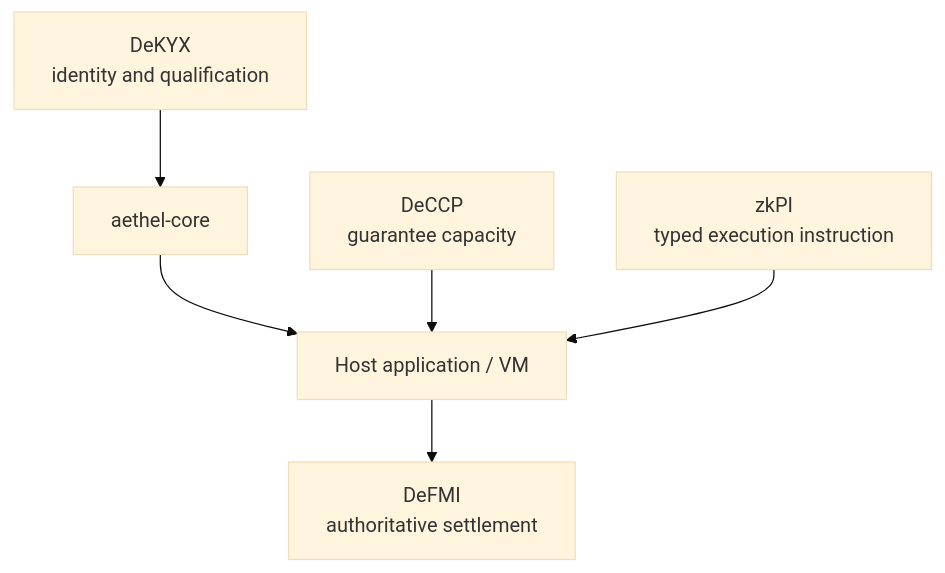
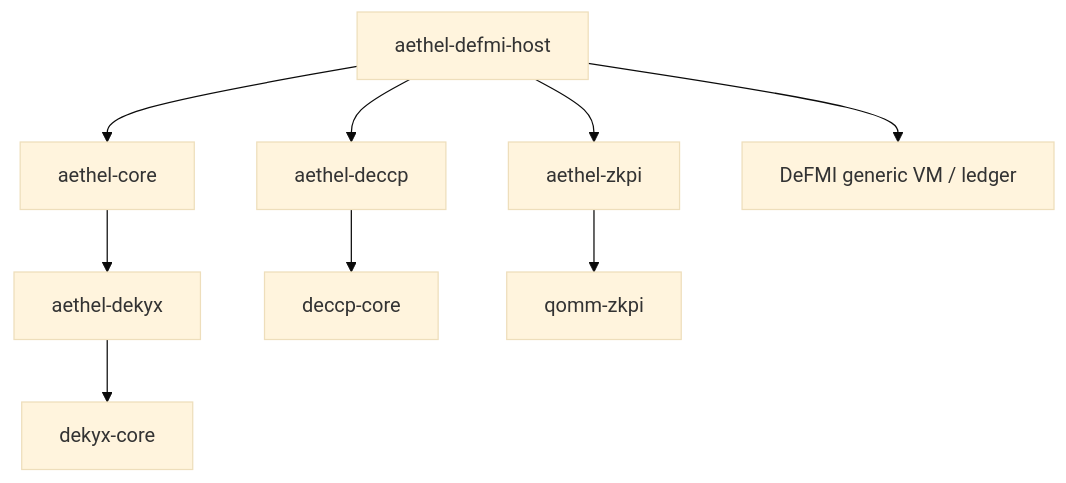
One commit to zkFMI/aethel changed the second of 2 diagrams in README.md. Above: the diagram before and after it, drawn with Mermaid (base theme). The commit also changed other lines of this file and 37 other files, not shown here.

Commit message:
feat: own foundation adapters and the dedicated Aethel VM host

````diff
--- a/README.md
+++ b/README.md
@@ -128,8 +128,8 @@
 ```mermaid
 flowchart TB
-    DK["DeKYX\nidentity and qualification"] --> AC["aethel-core"]
-    AC --> APP["Host application / VM"]
-    CCP["DeCCP\nguarantee capacity"] --> APP
-    Z["zkPI\ntyped execution instruction"] --> APP
-    APP --> DF["DeFMI\nauthoritative settlement"]
+    APP["aethel-defmi-host"] --> AC["aethel-core"]
+    AC --> ADK["aethel-dekyx"] --> DK["dekyx-core"]
+    APP --> ACCP["aethel-deccp"] --> CCP["deccp-core"]
+    APP --> AZ["aethel-zkpi"] --> Z["qomm-zkpi"]
+    APP --> DF["DeFMI generic VM / ledger"]
 ```
````
